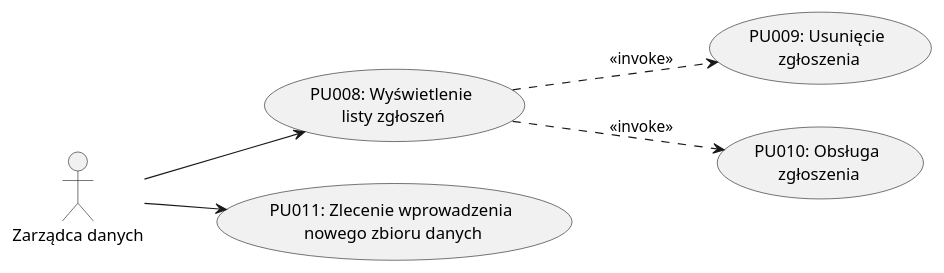
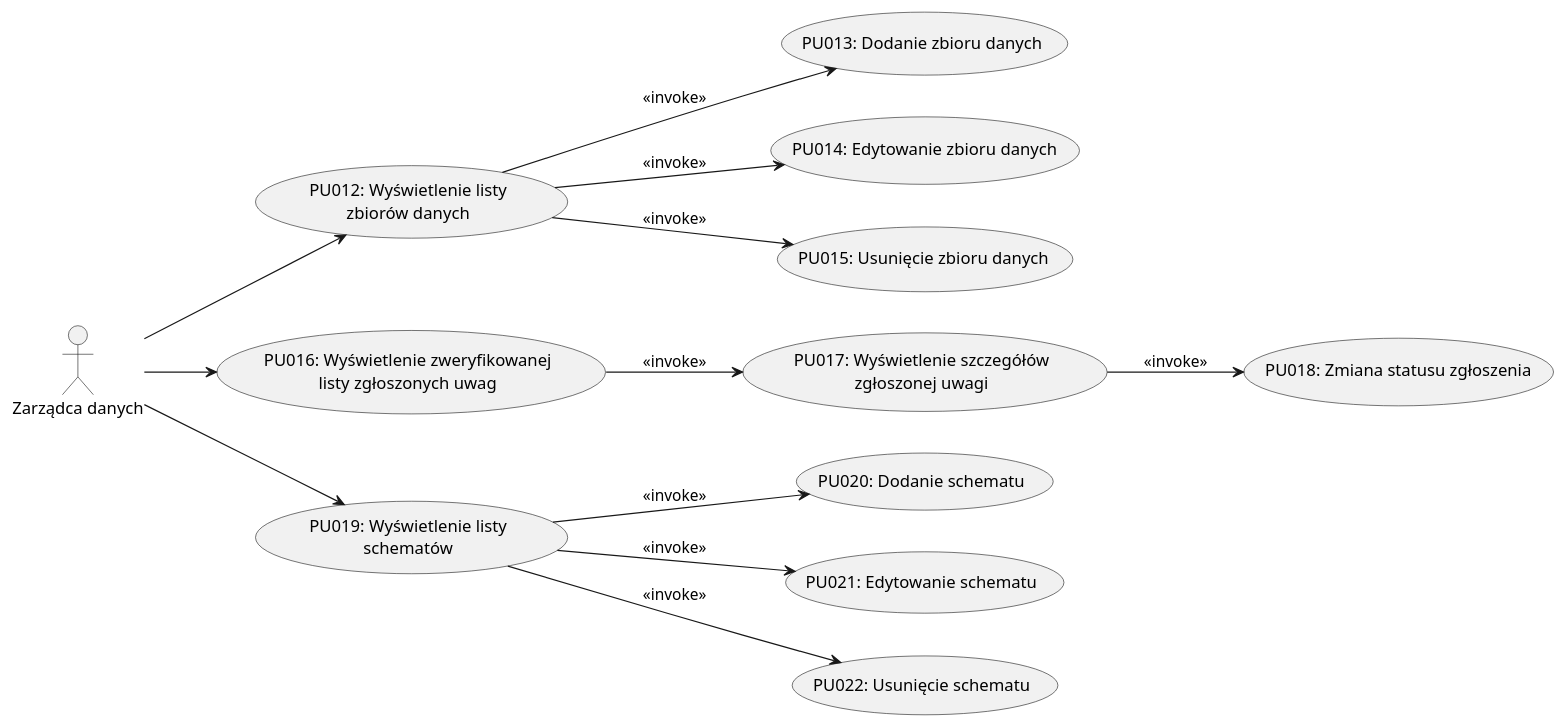
Before and after one commit to kokolodziejska/IWO: the diagram in 4. Diagramy Przypadkow/ZarzadcaDanych.puml, drawn with PlantUML. The commit also changed 5 other files, not shown here.

Commit message:
Aktualizowano diagramy przypadkow uzycia systemu

```diff
--- a/4. Diagramy Przypadkow/ZarzadcaDanych.puml
+++ b/4. Diagramy Przypadkow/ZarzadcaDanych.puml
@@ -1,16 +1,35 @@
 @startuml ZarzadcaDanych
 
 left to right direction
-actor "Zarządca danych" as User
 
-usecase "PU008: Wyświetlenie\n listy zgłoszeń" as UC1
-usecase "PU009: Usunięcie\n zgłoszenia" as UC2
-usecase "PU010: Obsługa\n zgłoszenia" as UC3
-usecase "PU011: Zlecenie wprowadzenia\n nowego zbioru danych" as UC4
+actor "Zarządca danych" as Admin
 
-User --> UC1
-User --> UC4
-UC1 ..> UC2 : <<invoke>>
-UC1 ..> UC3 : <<invoke>>
+usecase "PU012: Wyświetlenie listy\nzbiorów danych" as PU012
+usecase "PU013: Dodanie zbioru danych" as PU013
+usecase "PU014: Edytowanie zbioru danych" as PU014
+usecase "PU015: Usunięcie zbioru danych" as PU015
+
+usecase "PU016: Wyświetlenie zweryfikowanej\nlisty zgłoszonych uwag" as PU016
+usecase "PU017: Wyświetlenie szczegółów\nzgłoszonej uwagi" as PU017
+usecase "PU018: Zmiana statusu zgłoszenia" as PU018
+
+usecase "PU019: Wyświetlenie listy\nschematów" as PU019
+usecase "PU020: Dodanie schematu" as PU020
+usecase "PU021: Edytowanie schematu" as PU021
+usecase "PU022: Usunięcie schematu" as PU022
+
+Admin --> PU012
+PU012 --> PU013 : <<invoke>>
+PU012 --> PU014 : <<invoke>>
+PU012 --> PU015 : <<invoke>>
+
+Admin --> PU016
+PU016 --> PU017 : <<invoke>>
+PU017 --> PU018 : <<invoke>>
+
+Admin --> PU019
+PU019 --> PU020 : <<invoke>>
+PU019 --> PU021 : <<invoke>>
+PU019 --> PU022 : <<invoke>>
 
 @enduml
```
